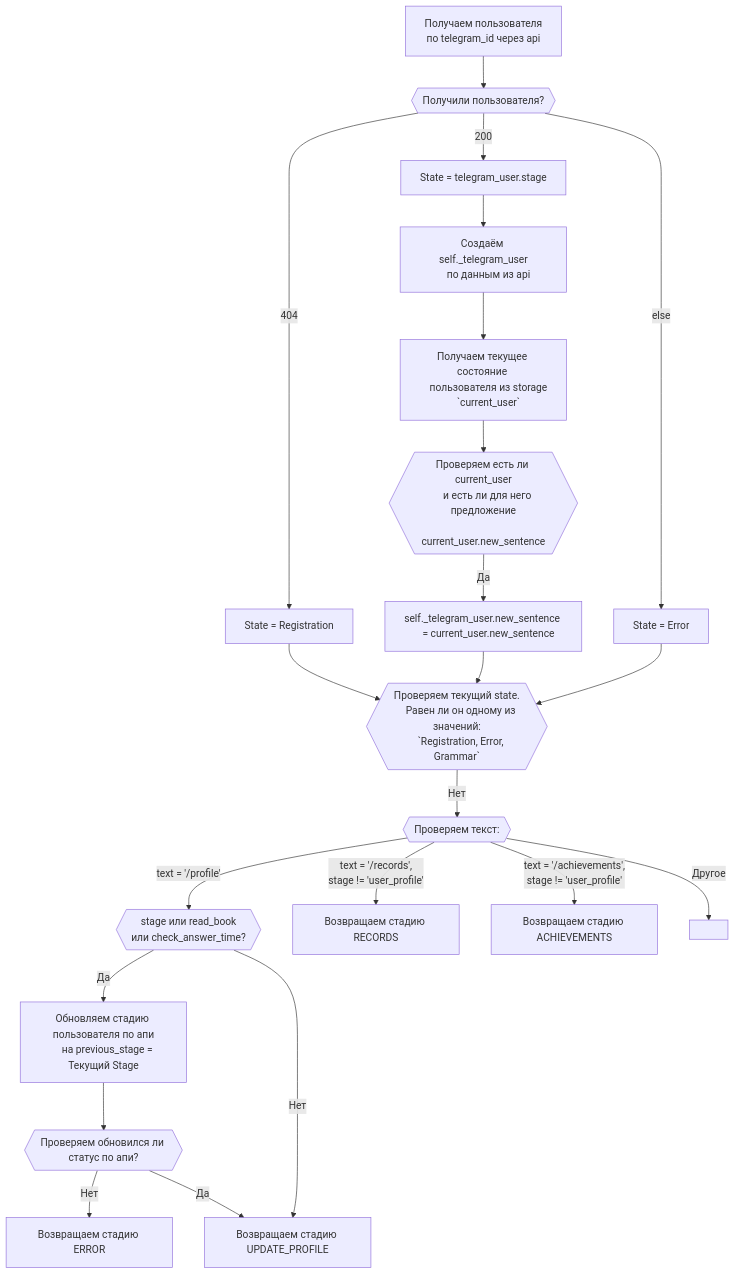
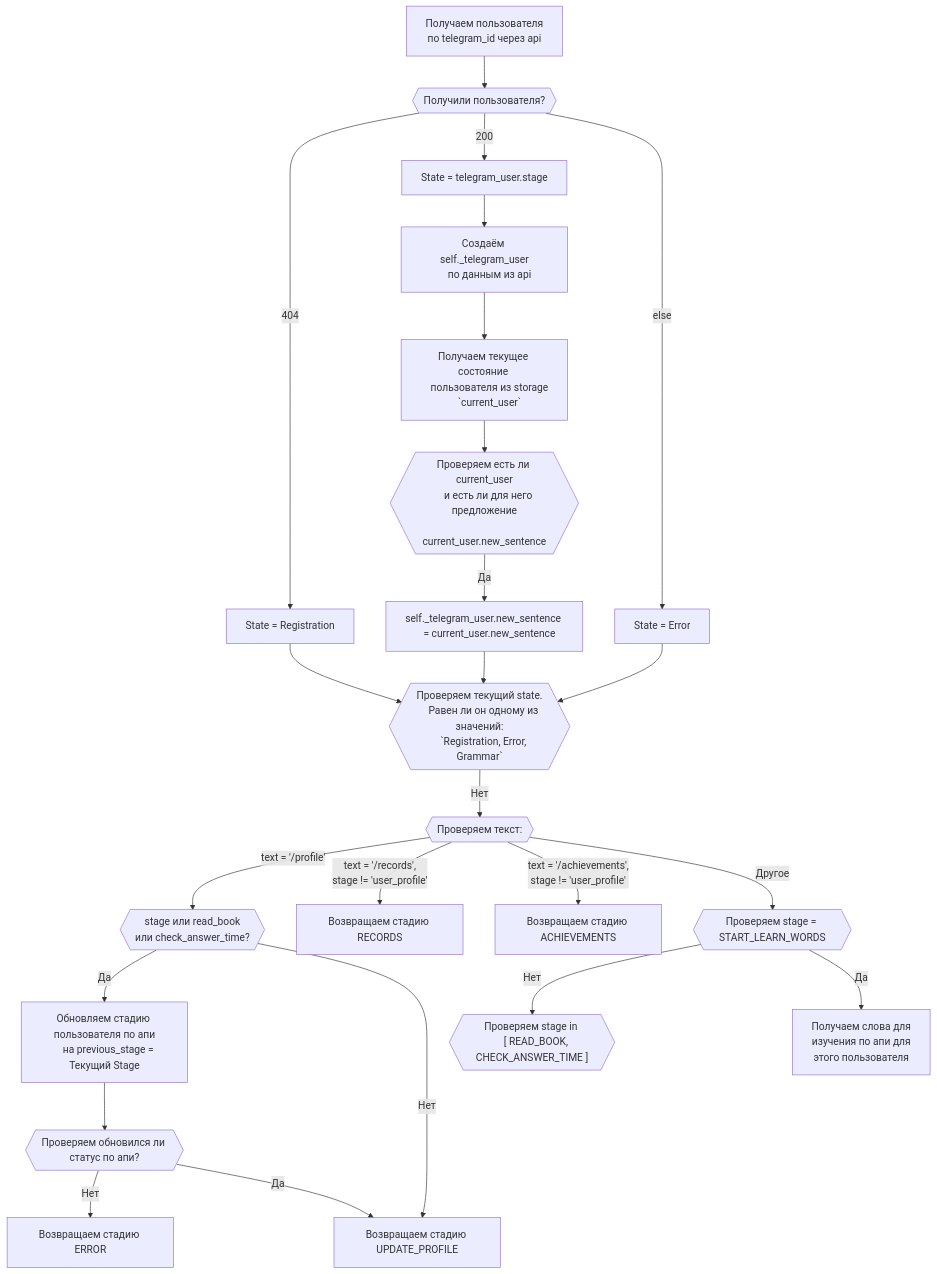
The diagram in documentation/middlewears_set_state.md (psgaiduk/learning_en_telegram_bot), drawn with Mermaid before and after one commit.

Commit message:
docs(documentation): add check_stage_start_learn_words in middlewears_set_state

````diff
--- a/documentation/middlewears_set_state.md
+++ b/documentation/middlewears_set_state.md
@@ -1,60 +1,69 @@
 ```mermaid
 graph TD;
     start[Получаем пользователя
     по telegram_id через api
     ] --> check_get_user{{Получили пользователя?}}
     check_get_user --> |404| user_not_found[State = Registration]
     check_get_user --> |200| user_found[State = telegram_user.stage]
     check_get_user --> |else| error_user[State = Error]
     user_found --> create_telegram_user[
     Создаём self._telegram_user
     по данным из api
     ]
     create_telegram_user --> get_current_telegram_user[
     Получаем текущее состояние 
     пользователя из storage
     `current_user`
     ]
     get_current_telegram_user --> check_current_user{{
     Проверяем есть ли current_user
     и есть ли для него предложение
     current_user.new_sentence
     }}
     check_current_user --> |Да| update_new_sentence[self._telegram_user.new_sentence 
     = current_user.new_sentence
     ]
     user_not_found --> check_current_state{{
     Проверяем текущий state.
     Равен ли он одному из значений:
     `Registration, Error, Grammar`
     }}
     error_user --> check_current_state
     update_new_sentence --> check_current_state
     check_current_state --> |Нет| check_message_text{{
     Проверяем текст:
     }}
     check_message_text --> |text = '/profile'| check_current_stage_after_profile{{
     stage или read_book
     или check_answer_time?
     }}
     check_current_stage_after_profile --> |Да| update_stage_to_profile[
     Обновляем стадию пользователя по апи
     на previous_stage = Текущий Stage]
     check_current_stage_after_profile --> |Нет| return_update_profile_stage
     update_stage_to_profile --> check_update_stage_to_profile{{
     Проверяем обновился ли статус по апи?
     }}
     check_update_stage_to_profile --> |Нет| return_error_update_stage_profile[
     Возвращаем стадию ERROR]
     check_update_stage_to_profile --> |Да| return_update_profile_stage[
     Возвращаем стадию UPDATE_PROFILE]
     check_message_text --> |text = '/records', 
     stage != 'user_profile'| return_records_stage[
     Возвращаем стадию RECORDS]
     check_message_text --> |text = '/achievements', 
     stage != 'user_profile'| return_achievements_stage[
     Возвращаем стадию ACHIEVEMENTS]
-    check_message_text --> |Другое| check_stage_start_learn_words[
+    check_message_text --> |Другое| check_stage_start_learn_words{{
+    Проверяем stage = START_LEARN_WORDS
+    }}
+    check_stage_start_learn_words --> |Нет| check_is_read_book{{
+    Проверяем stage in 
+    &lbrack; READ_BOOK, CHECK_ANSWER_TIME &rbrack;
+    }}
+    check_stage_start_learn_words --> |Да| get_learn_words[
+    Получаем слова для 
+    изучения по апи для 
+    этого пользователя
     ]
-    
 ```
````
